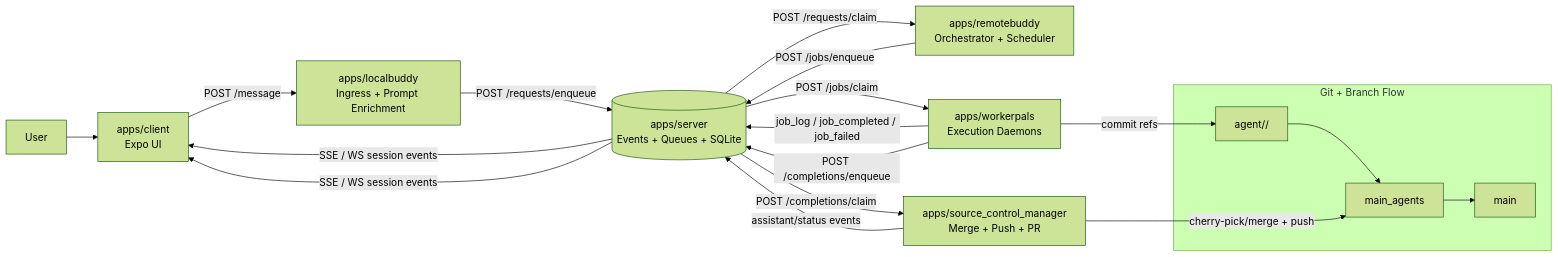
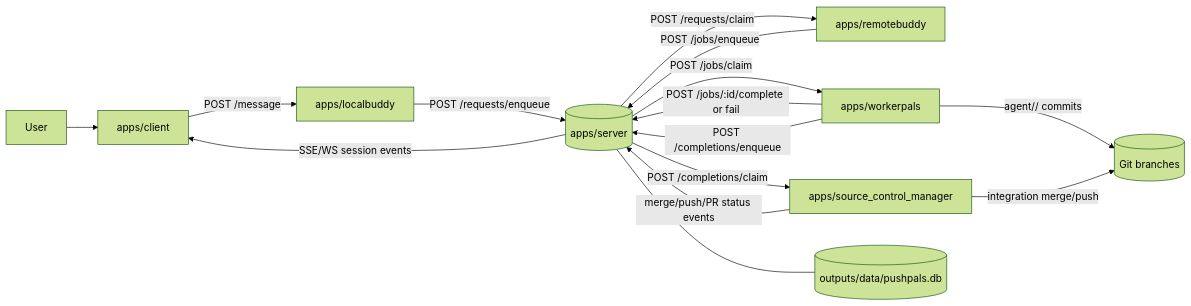
One commit to PushPalsDev/pushpals changed the diagram in README.md. Above: the diagram before and after it, drawn with Mermaid (forest theme). The commit also changed other lines of this file and 1 other file, not shown here.

First line of the commit message:
docs(readme): overhaul project documentation and add architecture diagram

````diff
--- a/README.md
+++ b/README.md
@@ -22,26 +19,20 @@
 ```mermaid
 flowchart LR
-  User[User] --> Client[apps/client\nExpo UI]
-  Client -->|POST /message| LocalBuddy[apps/localbuddy\nIngress + Prompt Enrichment]
-  LocalBuddy -->|POST /requests/enqueue| Server[(apps/server\nEvents + Queues + SQLite)]
-  Server -->|SSE / WS session events| Client
+  U[User] --> C[apps/client]
+  C -->|POST /message| L[apps/localbuddy]
+  L -->|POST /requests/enqueue| S[(apps/server)]
+  S -->|SSE/WS session events| C
 
-  Server -->|POST /requests/claim| RemoteBuddy[apps/remotebuddy\nOrchestrator + Scheduler]
-  RemoteBuddy -->|POST /jobs/enqueue| Server
-  Server -->|POST /jobs/claim| WorkerPals[apps/workerpals\nExecution Daemons]
+  S -->|POST /requests/claim| R[apps/remotebuddy]
+  R -->|POST /jobs/enqueue| S
+  S -->|POST /jobs/claim| W[apps/workerpals]
+  W -->|POST /jobs/:id/complete or fail| S
+  W -->|POST /completions/enqueue| S
 
-  WorkerPals -->|job_log / job_completed / job_failed| Server
-  WorkerPals -->|POST /completions/enqueue| Server
+  S -->|POST /completions/claim| M[apps/source_control_manager]
+  M -->|merge/push/PR status events| S
 
-  Server -->|POST /completions/claim| SCM[apps/source_control_manager\nMerge + Push + PR]
-  SCM -->|assistant/status events| Server
-  Server -->|SSE / WS session events| Client
-
-  subgraph Git[Git + Branch Flow]
-    WorkerBranch[agent/<worker>/<job>] --> Integration[main_agents]
-    Integration --> Main[main]
-  end
-
-  WorkerPals -->|commit refs| WorkerBranch
-  SCM -->|cherry-pick/merge + push| Integration
+  S --- DB[(outputs/data/pushpals.db)]
+  W -->|agent/<worker>/<job> commits| G[(Git branches)]
+  M -->|integration merge/push| G
 ```
````
